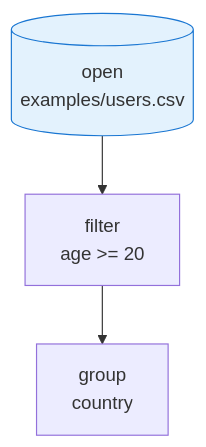
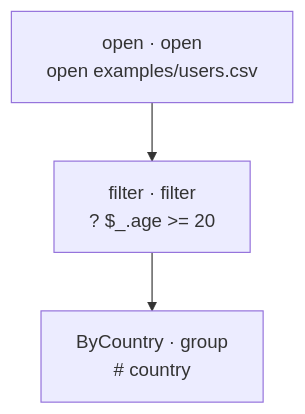
Before and after one commit to sm06224/Rivus: the diagram in examples/literate.riv.md, drawn with Mermaid. The commit also changed 3 other files, not shown here.

First line of the commit message:
revise(cli): §31 — reduce explain follow-up per ruling (#163); drop op-graph Mermaid styling

````diff
--- a/examples/literate.riv.md
+++ b/examples/literate.riv.md
@@ -41,9 +41,8 @@
 ```mermaid
 flowchart TD
-  n0[("open<br/>examples/users.csv")]:::src
-  n1["filter<br/>age &gt;= 20"]
-  n2["group<br/>country"]
+  n0["open · open<br/>open examples/users.csv"]
+  n1["filter · filter<br/> ? $_.age &gt;= 20"]
+  n2["ByCountry · group<br/> # country"]
   n0 --> n1
   n1 --> n2
-  classDef src fill:#e3f2fd,stroke:#1976d2
 ```
````
